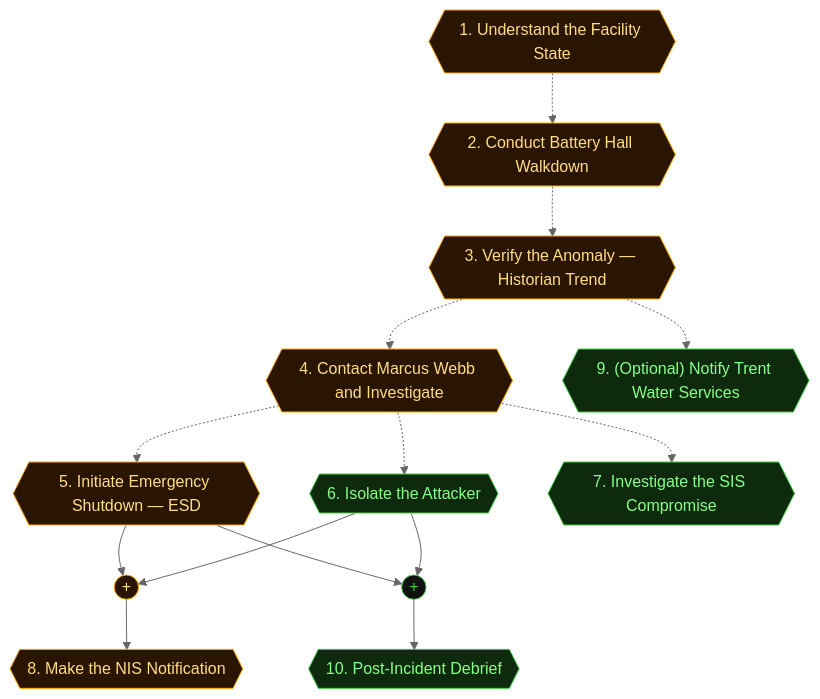
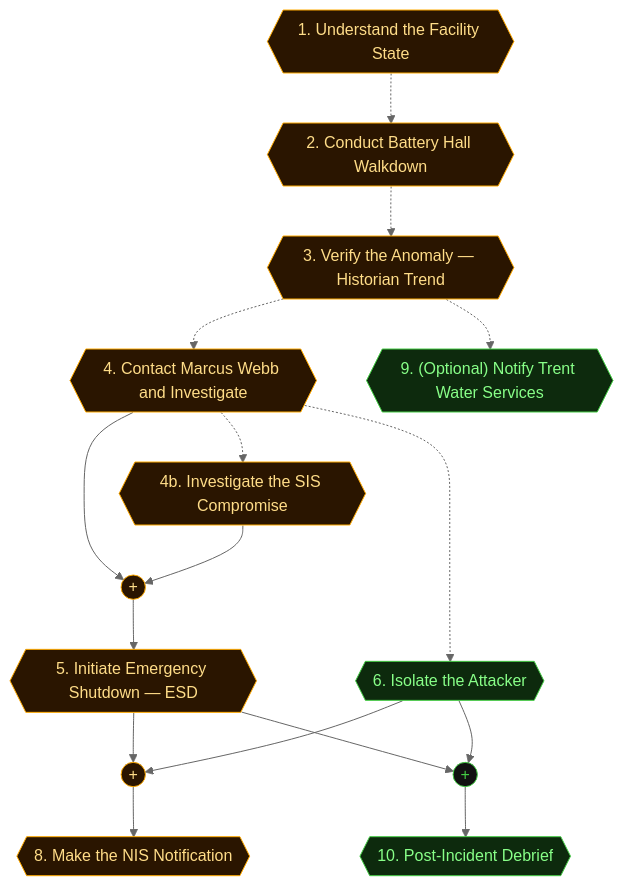
Before and after one commit to alixthegreat/BreakEscape: the second of 5 diagrams in scenarios/sis02_energy/dungeon_graph.md, drawn with Mermaid (neutral theme). The commit also changed other lines of this file and 12 other files, not shown here.

````diff
--- a/scenarios/sis02_energy/dungeon_graph.md
+++ b/scenarios/sis02_energy/dungeon_graph.md
@@ -164,49 +164,52 @@
 ```mermaid
 flowchart TD
 
   classDef room      fill:#0f2d2d,stroke:#22ddcc,color:#a0ffee
   classDef lock      fill:#2d0f0f,stroke:#e66060,color:#ffa0a0
   classDef key       fill:#2d0812,stroke:#e66060,color:#ffa0a0
   classDef item      fill:#2d1200,stroke:#e89030,color:#ffcc80
   classDef gate      fill:#111,stroke:#666,color:#eee
   classDef vm        fill:#0c1f40,stroke:#4a90d9,color:#a0c8ff
   classDef flag      fill:#1a0c2d,stroke:#9060d0,color:#cc99ff
   classDef action    fill:#1a1200,stroke:#cc9922,color:#ffee88
   classDef aim       fill:#0d2a0d,stroke:#44cc44,color:#88ff88
   classDef aim_gate  fill:#111111,stroke:#44cc44,color:#44cc44
   classDef container fill:#1a2d1a,stroke:#60b060,color:#a0e0a0
   classDef npc       fill:#2d1f0d,stroke:#d0a050,color:#ffe0a0
   classDef critical  fill:#2a1500,stroke:#ffaa00,color:#ffdd88
   classDef start     fill:#003322,stroke:#00ffaa,color:#00ffaa
 
   aim_assess_control_room{{"1. Understand the Facility State"}}
   aim_conduct_walkdown{{"2. Conduct Battery Hall Walkdown"}}
   aim_verify_anomaly{{"3. Verify the Anomaly — Historian Trend"}}
   aim_contact_marcus_investigate{{"4. Contact Marcus Webb and Investigate"}}
   aim_initiate_esd{{"5. Initiate Emergency Shutdown — ESD"}}
   aim_isolate_network{{"6. Isolate the Attacker"}}
-  aim_investigate_sis{{"7. Investigate the SIS Compromise"}}
+  aim_investigate_sis{{"4b. Investigate the SIS Compromise"}}
   aim_ncsc_notification{{"8. Make the NIS Notification"}}
   aim_trent_water_notification{{"9. (Optional) Notify Trent Water Services"}}
   aim_post_incident_debrief{{"10. Post-Incident Debrief"}}
+  aim_andgate_initiate_esd((" + "))
   aim_andgate_ncsc_notification((" + "))
   aim_andgate_post_incident_debrief((" + "))
 
   aim_assess_control_room -.-> aim_conduct_walkdown
   aim_conduct_walkdown -.-> aim_verify_anomaly
   aim_verify_anomaly -.-> aim_contact_marcus_investigate
-  aim_contact_marcus_investigate -.-> aim_initiate_esd
+  aim_contact_marcus_investigate --> aim_andgate_initiate_esd
+  aim_investigate_sis --> aim_andgate_initiate_esd
+  aim_andgate_initiate_esd --> aim_initiate_esd
   aim_contact_marcus_investigate -.-> aim_isolate_network
   aim_contact_marcus_investigate -.-> aim_investigate_sis
   aim_initiate_esd --> aim_andgate_ncsc_notification
   aim_isolate_network --> aim_andgate_ncsc_notification
   aim_andgate_ncsc_notification --> aim_ncsc_notification
   aim_verify_anomaly -.-> aim_trent_water_notification
   aim_initiate_esd --> aim_andgate_post_incident_debrief
   aim_isolate_network --> aim_andgate_post_incident_debrief
   aim_andgate_post_incident_debrief --> aim_post_incident_debrief
 
-  class aim_assess_control_room,aim_conduct_walkdown,aim_verify_anomaly,aim_contact_marcus_investigate,aim_initiate_esd,aim_ncsc_notification,aim_andgate_ncsc_notification critical
-  class aim_isolate_network,aim_investigate_sis,aim_trent_water_notification,aim_post_incident_debrief aim
+  class aim_assess_control_room,aim_conduct_walkdown,aim_verify_anomaly,aim_contact_marcus_investigate,aim_initiate_esd,aim_investigate_sis,aim_ncsc_notification,aim_andgate_initiate_esd,aim_andgate_ncsc_notification critical
+  class aim_isolate_network,aim_trent_water_notification,aim_post_incident_debrief aim
   class aim_andgate_post_incident_debrief aim_gate
 ```
````
